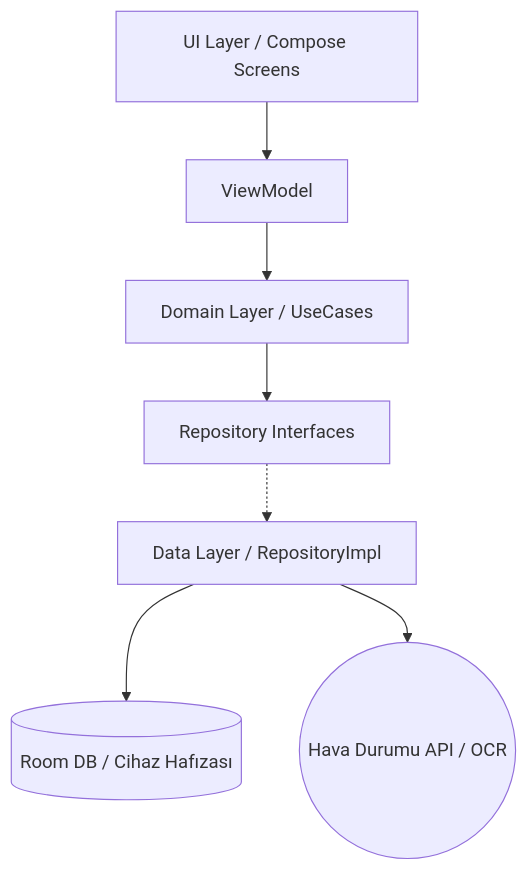
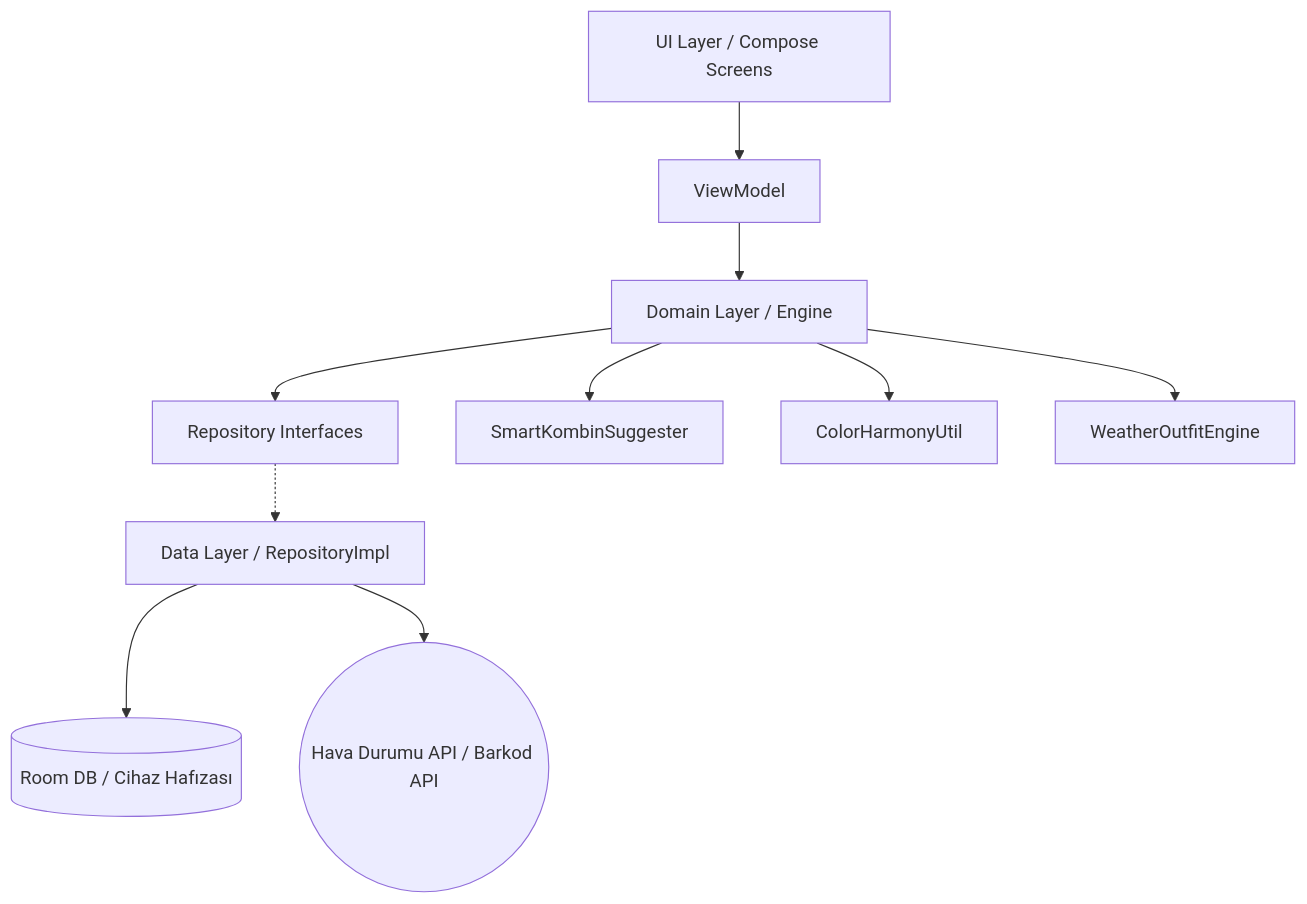
Before and after one commit to cyberQbit/CepteKabin: the diagram in README.md, drawn with Mermaid. The commit also changed other lines of this file and 4 other files, not shown here.

`````diff
--- a/README.md
+++ b/README.md
@@ -68,9 +112,12 @@
 ```mermaid
 graph TD
   UI[UI Layer / Compose Screens] --> VM[ViewModel]
-  VM --> UseCase[Domain Layer / UseCases]
-  UseCase --> RepoInt[Repository Interfaces]
+  VM --> Engine[Domain Layer / Engine]
+  Engine --> RepoInt[Repository Interfaces]
   RepoInt -.-> RepoImpl[Data Layer / RepositoryImpl]
   RepoImpl --> Local[(Room DB / Cihaz Hafızası)]
-  RepoImpl --> Remote((Hava Durumu API / OCR))
-````
+  RepoImpl --> Remote((Hava Durumu API / Barkod API))
+  Engine --> Smart[SmartKombinSuggester]
+  Engine --> Color[ColorHarmonyUtil]
+  Engine --> Weather[WeatherOutfitEngine]
+```
`````
